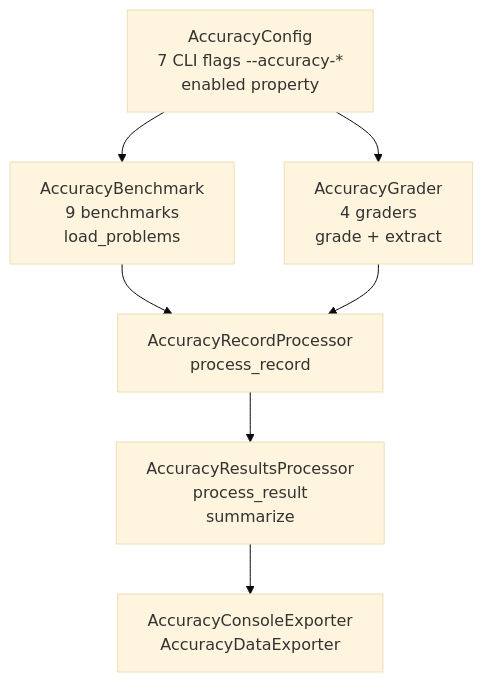
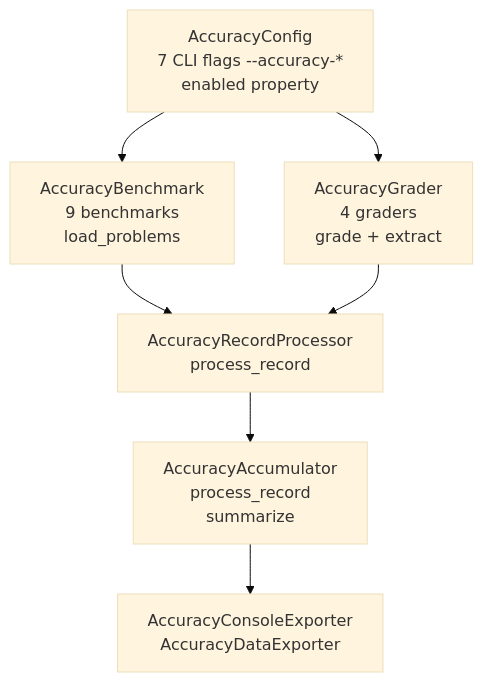
One commit to ai-dynamo/aiperf changed the diagram in docs/accuracy/accuracy_stubs.md. Above: the diagram before and after it, drawn with Mermaid (base theme). The commit also changed other lines of this file and 2 other files, not shown here.

First line of the commit message:
test(accuracy): drive AccuracyAccumulator through the plugin protocol path; refresh docs

````diff
--- a/docs/accuracy/accuracy_stubs.md
+++ b/docs/accuracy/accuracy_stubs.md
@@ -29,9 +29,9 @@
 ```mermaid
 graph TD
     A[AccuracyConfig<br/>7 CLI flags --accuracy-*<br/>enabled property] --> B[AccuracyBenchmark<br/>9 benchmarks<br/>load_problems]
     A --> C[AccuracyGrader<br/>4 graders<br/>grade + extract]
     B --> D[AccuracyRecordProcessor<br/>process_record]
     C --> D
-    D --> E[AccuracyResultsProcessor<br/>process_result<br/>summarize]
+    D --> E[AccuracyAccumulator<br/>process_record<br/>summarize]
     E --> F[AccuracyConsoleExporter<br/>AccuracyDataExporter]
 ```
````
